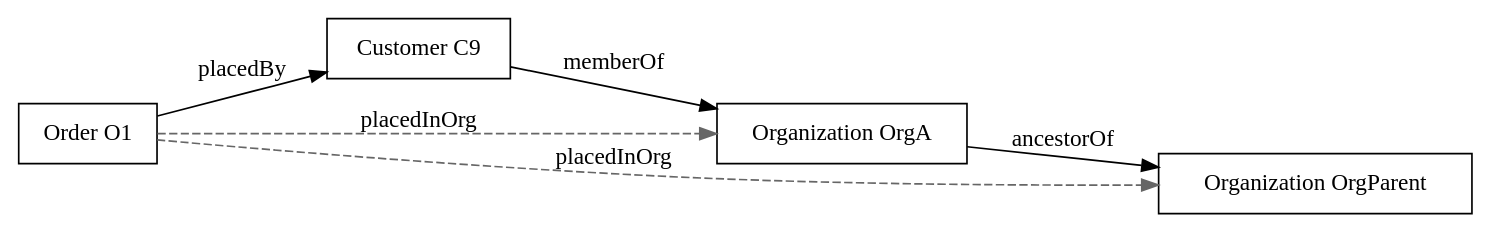
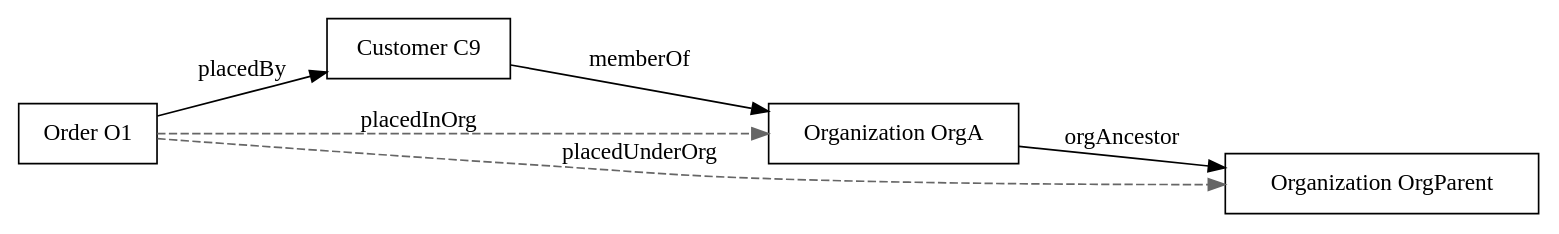
One commit to end2endlogic-com/quantum-framework changed the second of 4 diagrams in quantum-docs/src/docs/asciidoc/user-guide/ontology.adoc. Above: the diagram before and after it, drawn with Graphviz. The commit also changed other lines of this file and 2 other files, not shown here.

First line of the commit message:
docs(ontology): replace the invalid transitive org roll-up chain

```diff
--- a/quantum-docs/src/docs/asciidoc/user-guide/ontology.adoc
+++ b/quantum-docs/src/docs/asciidoc/user-guide/ontology.adoc
@@ -377,21 +384,21 @@
 [graphviz]
 ----
 digraph G {
   rankdir=LR;
   node [shape=box];
 
   O1 [label="Order O1"];
   C9 [label="Customer C9"];
   OrgA [label="Organization OrgA"];
   OrgParent [label="Organization OrgParent"];
 
   // Explicit facts (solid)
   O1 -> C9       [label="placedBy"];
   C9 -> OrgA     [label="memberOf"];
-  OrgA -> OrgParent [label="ancestorOf"];
+  OrgA -> OrgParent [label="orgAncestor"];
 
   // Inferred edges (dashed)
   O1 -> OrgA       [label="placedInOrg", style=dashed, color=gray40];
-  O1 -> OrgParent  [label="placedInOrg", style=dashed, color=gray40];
+  O1 -> OrgParent  [label="placedUnderOrg", style=dashed, color=gray40];
 }
 ----
```
